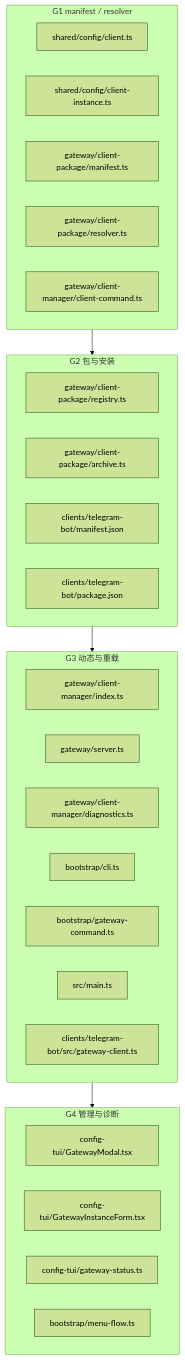
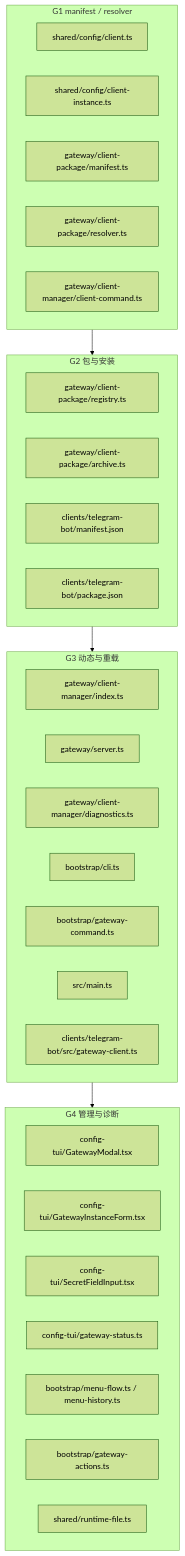
Before and after one commit to aokihu/atom_neo: the tenth of 12 diagrams in docs/communication/atom_neo_2026-11-14_gateway_client_packaging_graph.md, drawn with Mermaid (forest theme). The commit also changed other lines of this file and 46 other files, not shown here.

````diff
--- a/docs/communication/atom_neo_2026-11-14_gateway_client_packaging_graph.md
+++ b/docs/communication/atom_neo_2026-11-14_gateway_client_packaging_graph.md
@@ -476,36 +476,39 @@
 ```mermaid
 graph TB
     subgraph G1["G1 manifest / resolver"]
         F1["shared/config/client.ts"]
         F2["shared/config/client-instance.ts"]
         F3["gateway/client-package/manifest.ts"]
         F4["gateway/client-package/resolver.ts"]
         F5["gateway/client-manager/client-command.ts"]
     end
 
     subgraph G2["G2 包与安装"]
         F6["gateway/client-package/registry.ts"]
         F7["gateway/client-package/archive.ts"]
         F8["clients/telegram-bot/manifest.json"]
         F9["clients/telegram-bot/package.json"]
     end
 
     subgraph G3["G3 动态与重载"]
         F10["gateway/client-manager/index.ts"]
         F11["gateway/server.ts"]
         F12["gateway/client-manager/diagnostics.ts"]
         F13["bootstrap/cli.ts"]
         F14["bootstrap/gateway-command.ts"]
         F15["src/main.ts"]
         F16["clients/telegram-bot/src/gateway-client.ts"]
     end
 
     subgraph G4["G4 管理与诊断"]
         F17["config-tui/GatewayModal.tsx"]
         F18["config-tui/GatewayInstanceForm.tsx"]
+        F18b["config-tui/SecretFieldInput.tsx"]
         F19["config-tui/gateway-status.ts"]
-        F20["bootstrap/menu-flow.ts"]
+        F20["bootstrap/menu-flow.ts / menu-history.ts"]
+        F21["bootstrap/gateway-actions.ts"]
+        F22["shared/runtime-file.ts"]
     end
 
     G1 --> G2 --> G3 --> G4
 ```
````
